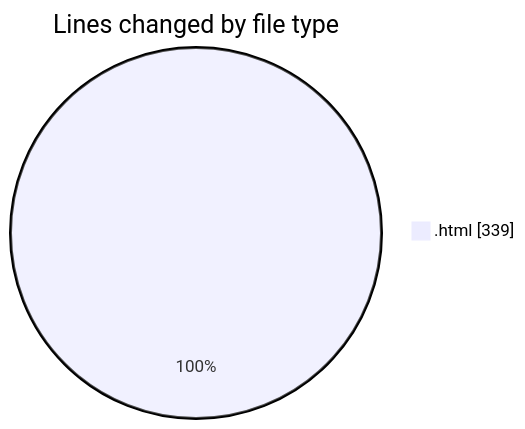
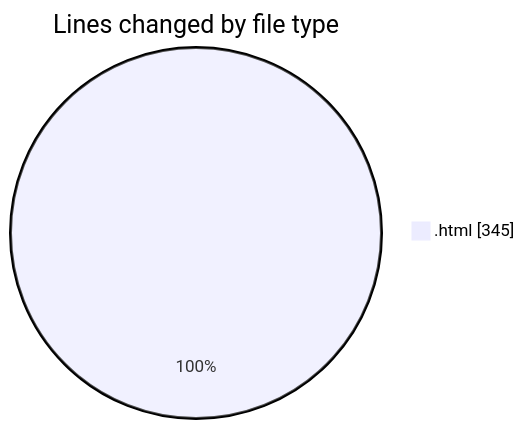
The first of 2 diagrams in 2025-01-10/nueva_carpeta/README.md (LanceThiago/code-tracking), drawn with Mermaid before and after one commit. The commit also changed other lines of this file and 1 other file, not shown here.

````diff
--- a/2025-01-10/nueva_carpeta/README.md
+++ b/2025-01-10/nueva_carpeta/README.md
@@ -20,5 +20,5 @@
 ```mermaid
 pie showData
 title Lines changed by file type
-".html" : 339
+".html" : 345
 ```
````
